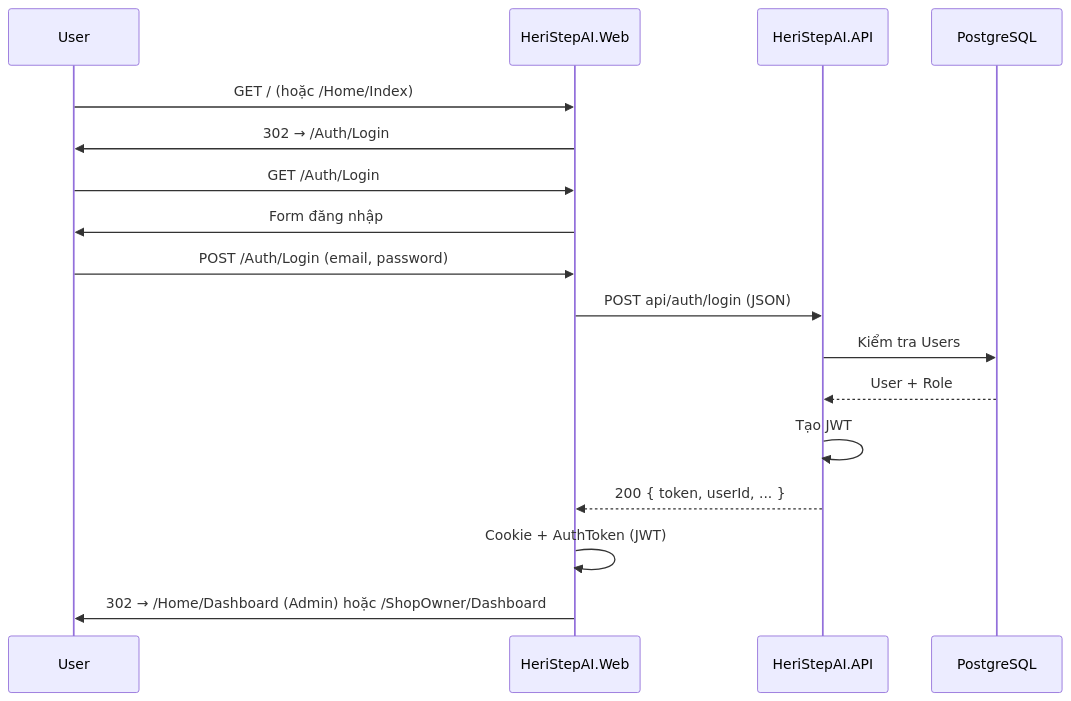
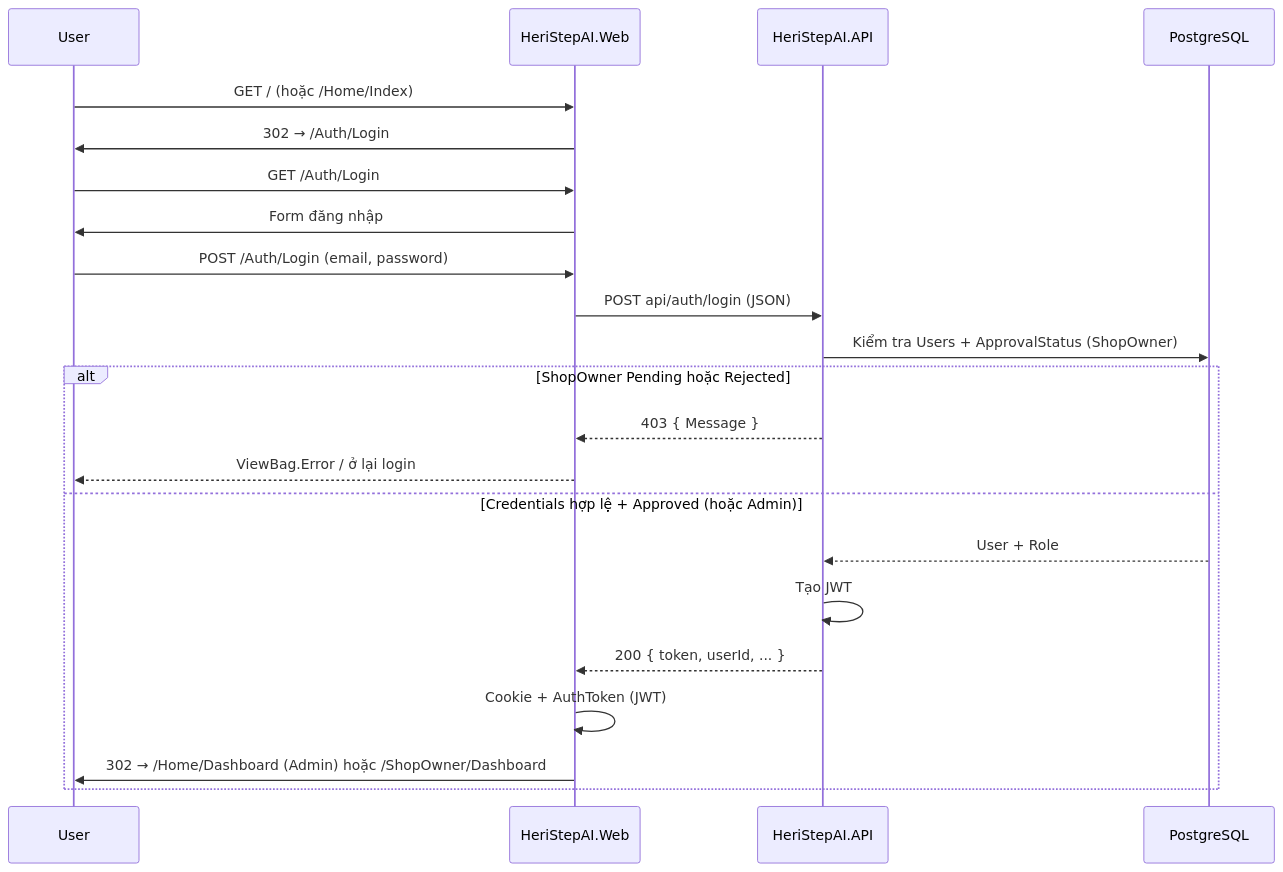
The third of 44 diagrams in docs/PRODUCT_REQUIREMENTS.md (KhanhChung2k5/k_tour), drawn with Mermaid before and after one commit. The commit also changed other lines of this file, not shown here.

````diff
--- a/docs/PRODUCT_REQUIREMENTS.md
+++ b/docs/PRODUCT_REQUIREMENTS.md
@@ -388,20 +409,25 @@
 ```mermaid
 sequenceDiagram
     participant User
     participant Web as HeriStepAI.Web
     participant API as HeriStepAI.API
     participant DB as PostgreSQL
 
     User->>Web: GET / (hoặc /Home/Index)
     Web->>User: 302 → /Auth/Login
     User->>Web: GET /Auth/Login
     Web->>User: Form đăng nhập
     User->>Web: POST /Auth/Login (email, password)
     Web->>API: POST api/auth/login (JSON)
-    API->>DB: Kiểm tra Users
-    DB-->>API: User + Role
-    API->>API: Tạo JWT
-    API-->>Web: 200 { token, userId, ... }
-    Web->>Web: Cookie + AuthToken (JWT)
-    Web->>User: 302 → /Home/Dashboard (Admin) hoặc /ShopOwner/Dashboard
+    API->>DB: Kiểm tra Users + ApprovalStatus (ShopOwner)
+    alt ShopOwner Pending hoặc Rejected
+        API-->>Web: 403 { Message }
+        Web-->>User: ViewBag.Error / ở lại login
+    else Credentials hợp lệ + Approved (hoặc Admin)
+        DB-->>API: User + Role
+        API->>API: Tạo JWT
+        API-->>Web: 200 { token, userId, ... }
+        Web->>Web: Cookie + AuthToken (JWT)
+        Web->>User: 302 → /Home/Dashboard (Admin) hoặc /ShopOwner/Dashboard
+    end
 ```
````
